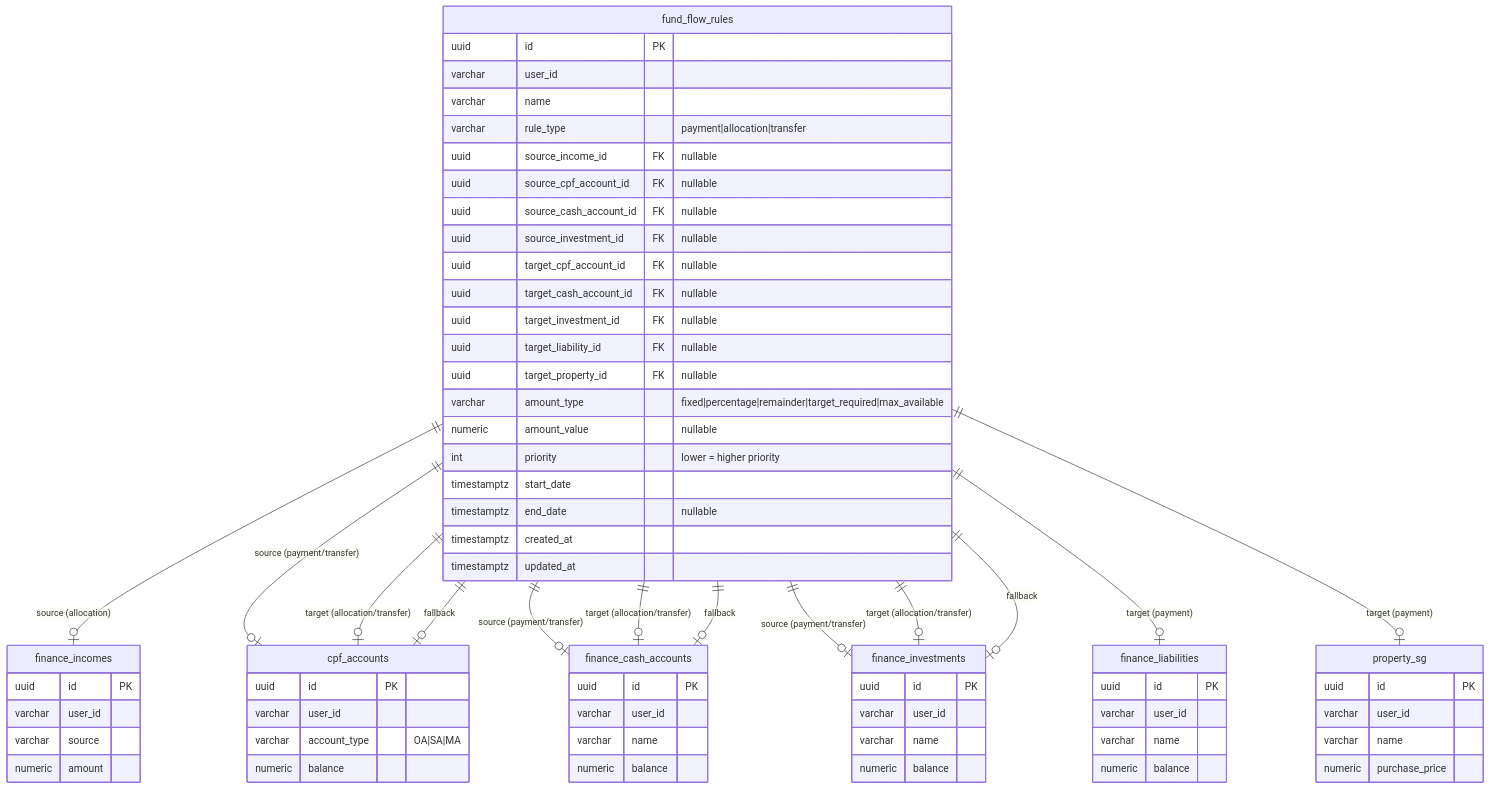
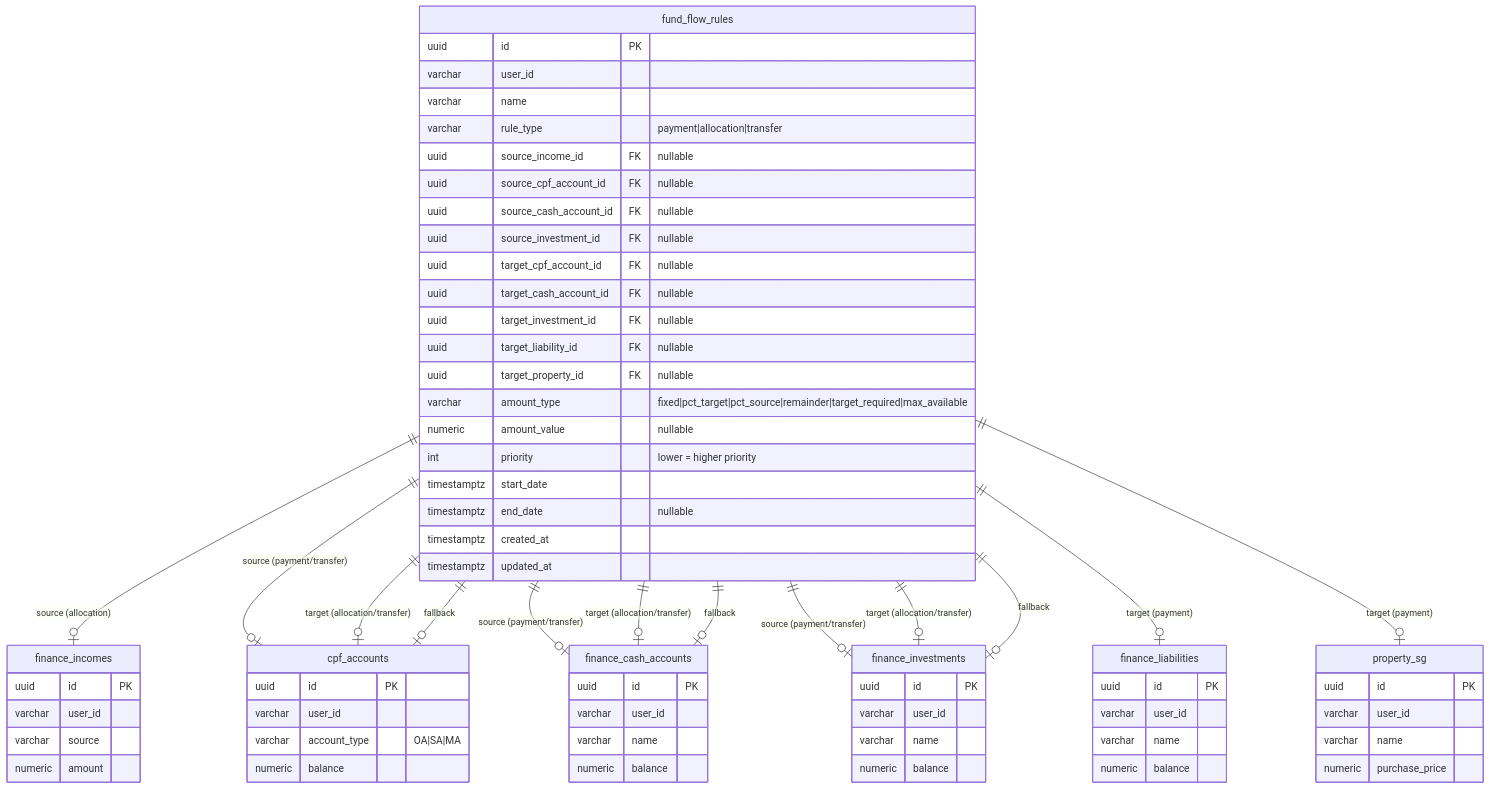
The fifth of 11 diagrams in specs/fund-flow-rules.md (jcleow/wealthproject), drawn with Mermaid before and after one commit. The commit also changed other lines of this file and 13 other files, not shown here.

```diff
--- a/specs/fund-flow-rules.md
+++ b/specs/fund-flow-rules.md
@@ -169,7 +169,7 @@
         uuid target_investment_id FK "nullable"
         uuid target_liability_id FK "nullable"
         uuid target_property_id FK "nullable"
-        varchar amount_type "fixed|percentage|remainder|target_required|max_available"
+        varchar amount_type "fixed|pct_target|pct_source|remainder|target_required|max_available"
         numeric amount_value "nullable"
         int priority "lower = higher priority"
         timestamptz start_date
```
